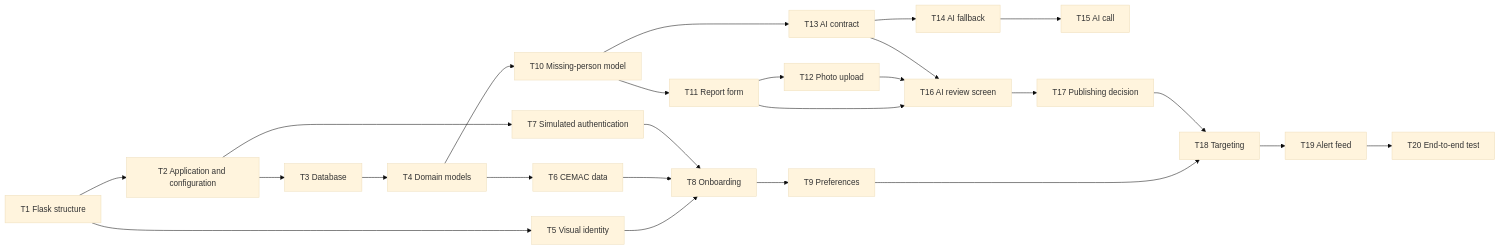
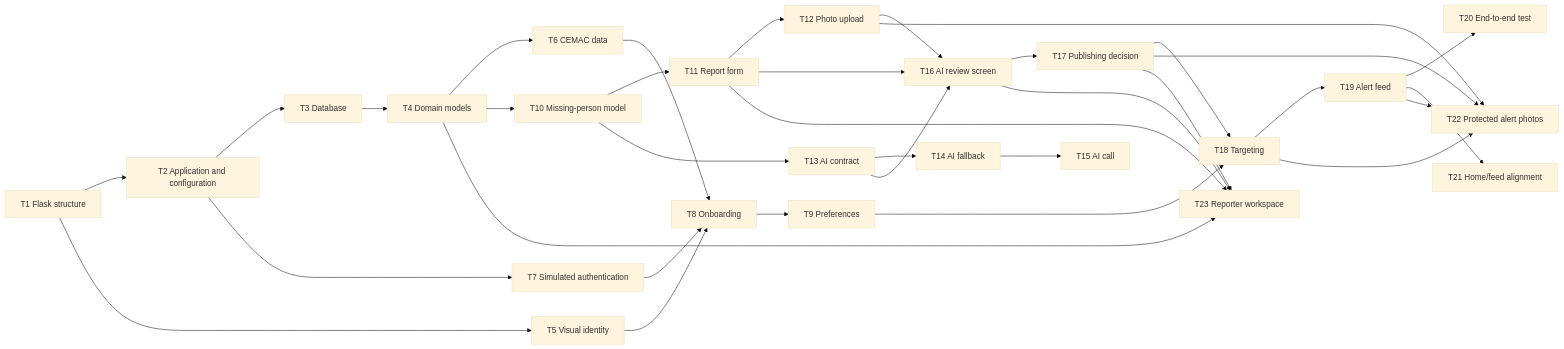
The diagram in RoadMap-SAVE-US_EN.md (Donaldpicsou/SAVE-US), drawn with Mermaid (base theme) before and after one commit. The commit also changed other lines of this file and 8 other files, not shown here.

````diff
--- a/RoadMap-SAVE-US_EN.md
+++ b/RoadMap-SAVE-US_EN.md
@@ -7,27 +11,36 @@
 ```mermaid
 flowchart LR
   T1["T1 Flask structure"] --> T2["T2 Application and configuration"]
   T2 --> T3["T3 Database"]
   T3 --> T4["T4 Domain models"]
   T1 --> T5["T5 Visual identity"]
   T4 --> T6["T6 CEMAC data"]
   T2 --> T7["T7 Simulated authentication"]
   T5 --> T8["T8 Onboarding"]
   T6 --> T8
   T7 --> T8
   T8 --> T9["T9 Preferences"]
   T4 --> T10["T10 Missing-person model"]
   T10 --> T11["T11 Report form"]
   T11 --> T12["T12 Photo upload"]
   T10 --> T13["T13 AI contract"]
   T13 --> T14["T14 AI fallback"]
   T14 --> T15["T15 AI call"]
   T11 --> T16["T16 AI review screen"]
   T12 --> T16
   T13 --> T16
   T16 --> T17["T17 Publishing decision"]
   T9 --> T18["T18 Targeting"]
   T17 --> T18
   T18 --> T19["T19 Alert feed"]
   T19 --> T20["T20 End-to-end test"]
+  T19 --> T21["T21 Home/feed alignment"]
+  T12 --> T22["T22 Protected alert photos"]
+  T17 --> T22
+  T18 --> T22
+  T19 --> T22
+  T4 --> T23["T23 Reporter workspace"]
+  T11 --> T23
+  T16 --> T23
+  T17 --> T23
 ```
````
